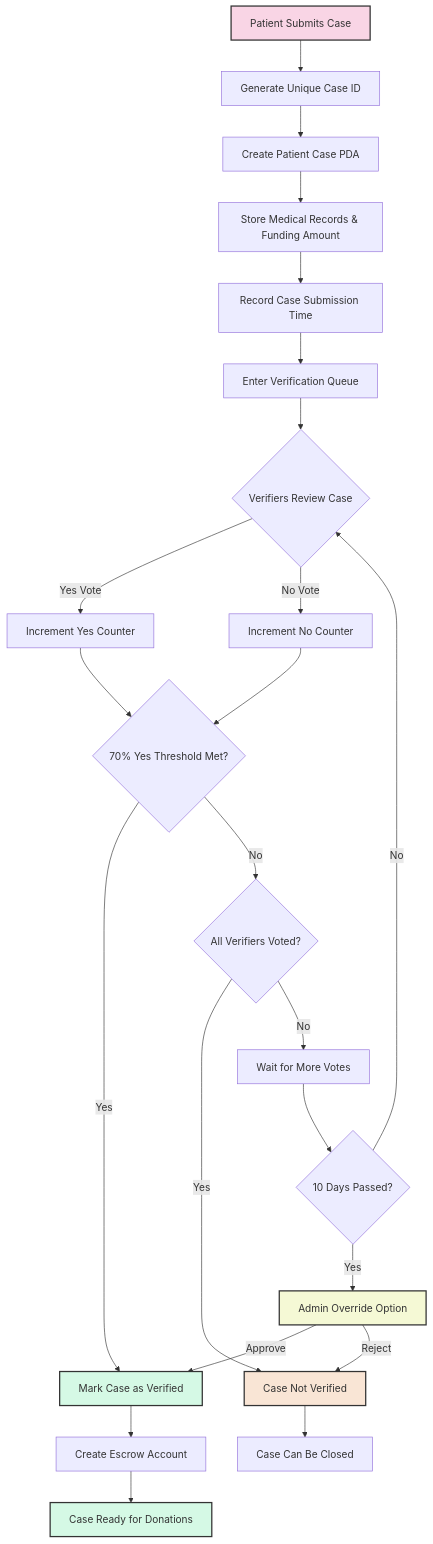
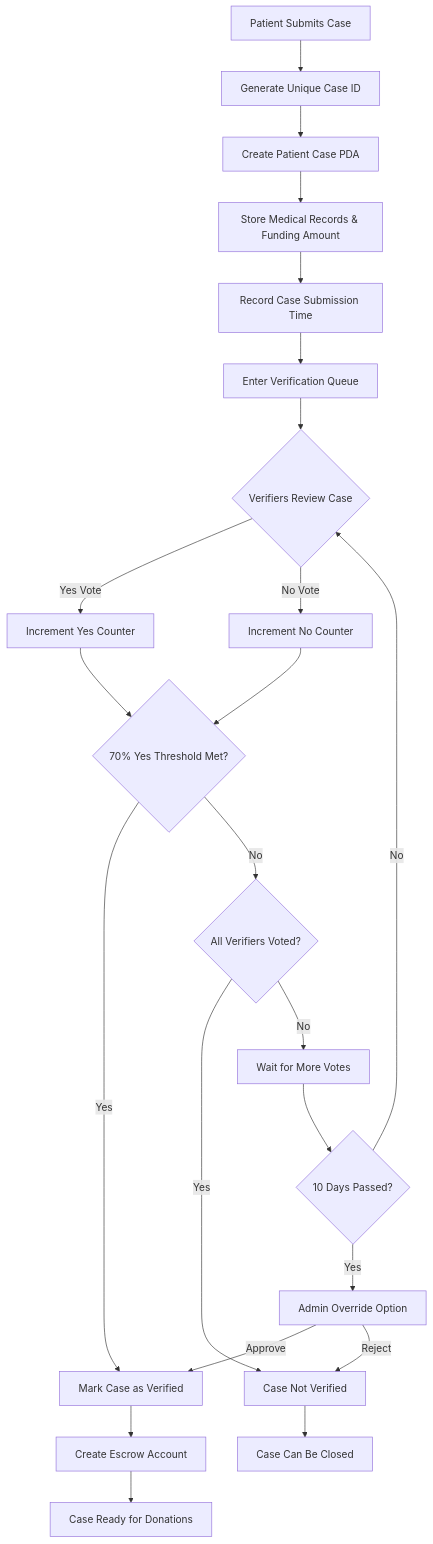
One commit to AymanF10/CuraChain changed the second of 6 diagrams in README.md. Above: the diagram before and after it, drawn with Mermaid. The commit also changed other lines of this file, not shown here.

````diff
--- a/README.md
+++ b/README.md
@@ -228,39 +223,33 @@
 ```mermaid
 flowchart TD
     A[Patient Submits Case] --> B[Generate Unique Case ID]
     B --> C[Create Patient Case PDA]
     C --> D[Store Medical Records & Funding Amount]
     D --> E[Record Case Submission Time]
     E --> F[Enter Verification Queue]
     
     F --> G{Verifiers Review Case}
     G -->|Yes Vote| H[Increment Yes Counter]
     G -->|No Vote| I[Increment No Counter]
     
     H --> J{70% Yes Threshold Met?}
     I --> J
     
     J -->|Yes| K[Mark Case as Verified]
     J -->|No| L{All Verifiers Voted?}
     
     K --> M[Create Escrow Account]
     M --> N[Case Ready for Donations]
     
     L -->|Yes| O[Case Not Verified]
     L -->|No| P[Wait for More Votes]
     
     P --> Q{10 Days Passed?}
     Q -->|Yes| R[Admin Override Option]
     Q -->|No| G
     
     R -->|Approve| K
     R -->|Reject| O
     
     O --> S[Case Can Be Closed]
-    
-    style A fill:#f9d5e5,stroke:#333,stroke-width:2px
-    style K fill:#d5f9e5,stroke:#333,stroke-width:2px
-    style N fill:#d5f9e5,stroke:#333,stroke-width:2px
-    style O fill:#f9e5d5,stroke:#333,stroke-width:2px
-    style R fill:#f5f9d5,stroke:#333,stroke-width:2px
 ```
````
